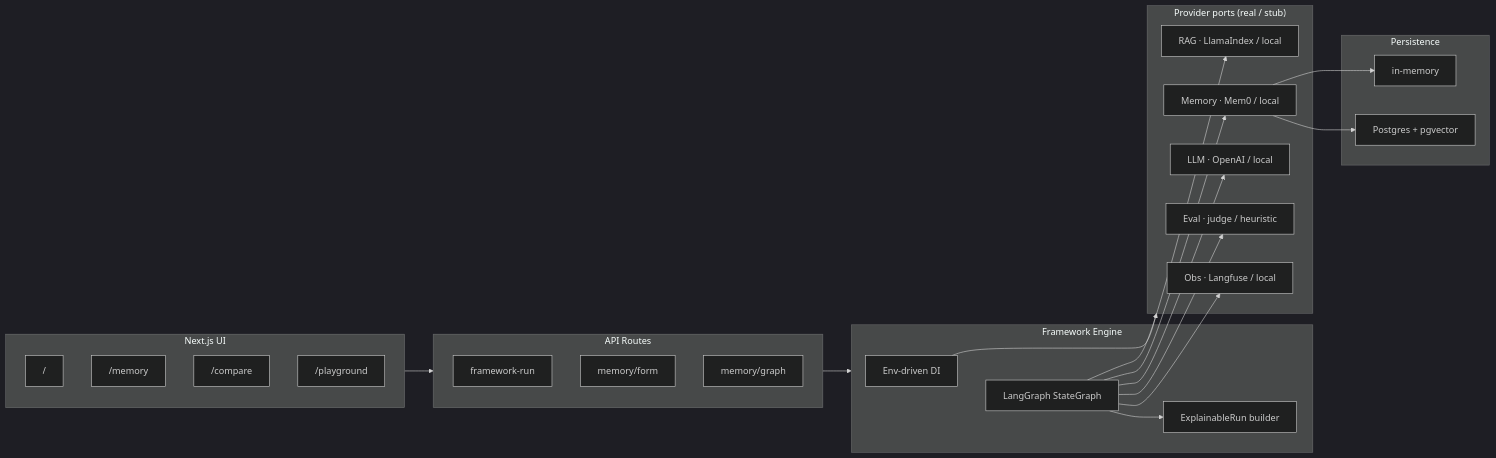
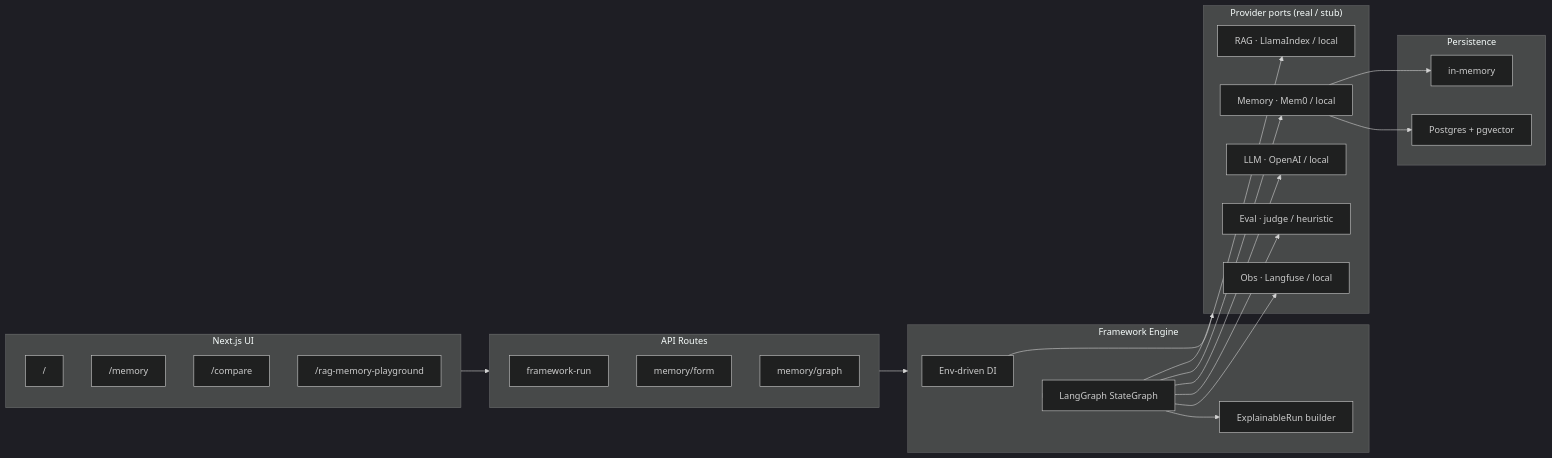
Before and after one commit to Qalipso/rag-memory-playground: the diagram in README.md, drawn with Mermaid (dark theme). The commit also changed other lines of this file and 17 other files, not shown here.

````diff
--- a/README.md
+++ b/README.md
@@ -196,35 +196,35 @@
 ```mermaid
 flowchart LR
   subgraph UI["Next.js UI"]
     Home["/"]
     Memory["/memory"]
     Compare["/compare"]
-    Playground["/playground"]
+    Playground["/rag-memory-playground"]
   end
   subgraph API["API Routes"]
     Run["framework-run"]
     Form["memory/form"]
     Graph["memory/graph"]
   end
   subgraph Engine["Framework Engine"]
     Container["Env-driven DI"]
     LangGraph["LangGraph StateGraph"]
     Explain["ExplainableRun builder"]
   end
   subgraph Providers["Provider ports (real / stub)"]
     Rag["RAG · LlamaIndex / local"]
     Mem["Memory · Mem0 / local"]
     LLM["LLM · OpenAI / local"]
     Eval["Eval · judge / heuristic"]
     Obs["Obs · Langfuse / local"]
   end
   subgraph Store["Persistence"]
     InMem["in-memory"]
     PG["Postgres + pgvector"]
   end
   UI --> API --> Engine
   Container --> Providers
   Engine --> LangGraph --> Rag & Mem & LLM & Eval & Obs
   LangGraph --> Explain
   Mem --> InMem & PG
 ```
````
